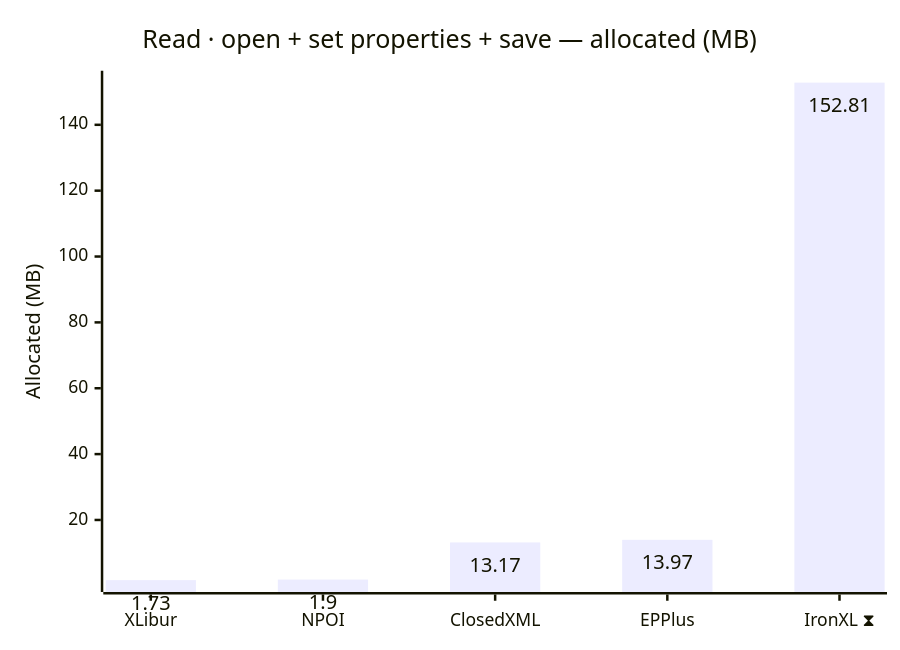
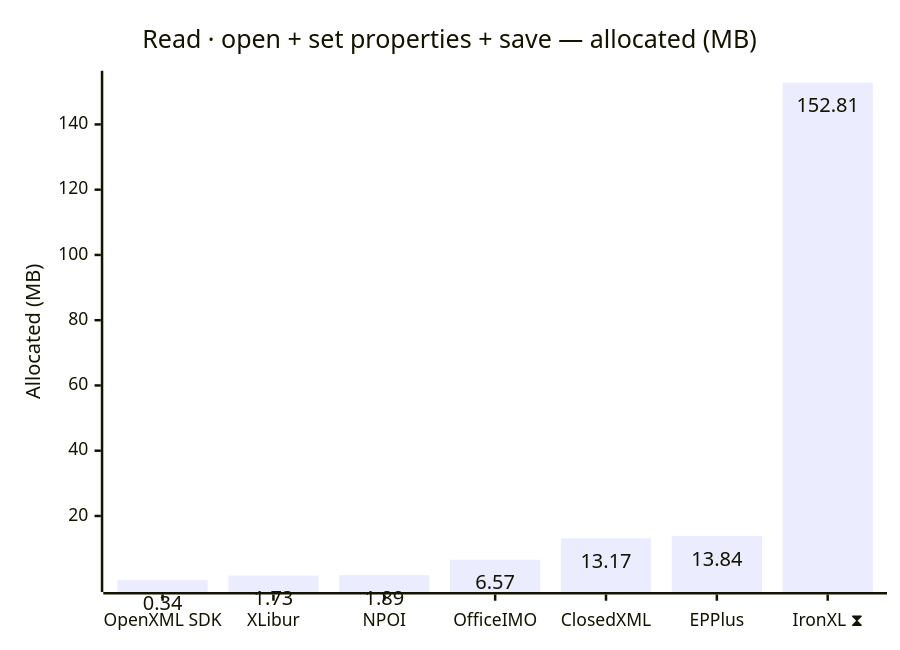
The second of 12 diagrams in docs/results-ci.md (jafin/XLBench), drawn with Mermaid before and after one commit. The commit also changed other lines of this file, not shown here.

````diff
--- a/docs/results-ci.md
+++ b/docs/results-ci.md
@@ -54,12 +56,12 @@
 ```mermaid
 ---
 config:
   xyChart:
     showDataLabel: true
 ---
 xychart-beta
     title "Read · open + set properties + save — allocated (MB)"
-    x-axis ["XLibur", "NPOI", "ClosedXML", "EPPlus", "IronXL ⧗"]
+    x-axis ["OpenXML SDK", "XLibur", "NPOI", "OfficeIMO", "ClosedXML", "EPPlus", "IronXL ⧗"]
     y-axis "Allocated (MB)"
-    bar [1.73, 1.9, 13.17, 13.97, 152.81]
+    bar [0.34, 1.73, 1.89, 6.57, 13.17, 13.84, 152.81]
 ```
````
